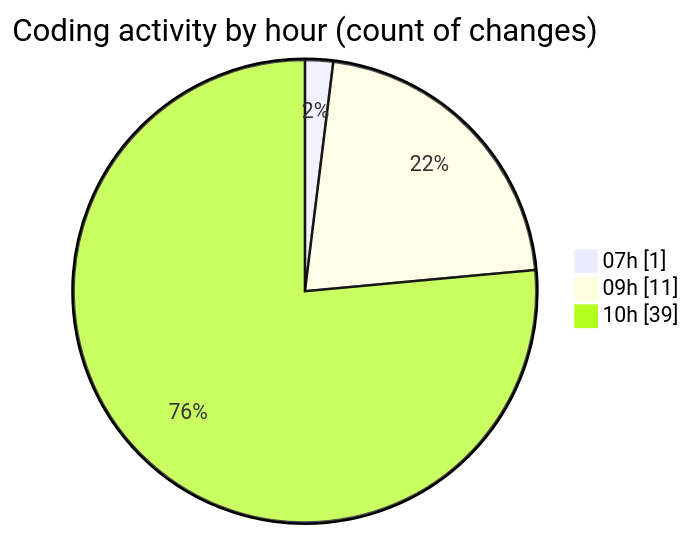
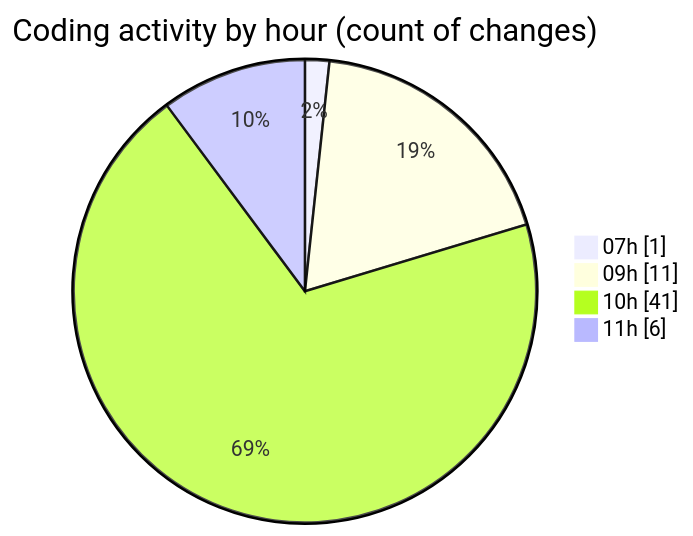
The second of 2 diagrams in 2026-02-17/id_ia/README.md (becaeroporto-bot/code-tracking), drawn with Mermaid before and after one commit. The commit also changed other lines of this file and 1 other file, not shown here.

````diff
--- a/2026-02-17/id_ia/README.md
+++ b/2026-02-17/id_ia/README.md
@@ -50,7 +55,8 @@
 ```mermaid
 pie showData
 title Coding activity by hour (count of changes)
 "07h" : 1
 "09h" : 11
-"10h" : 39
+"10h" : 41
+"11h" : 6
 ```
````
